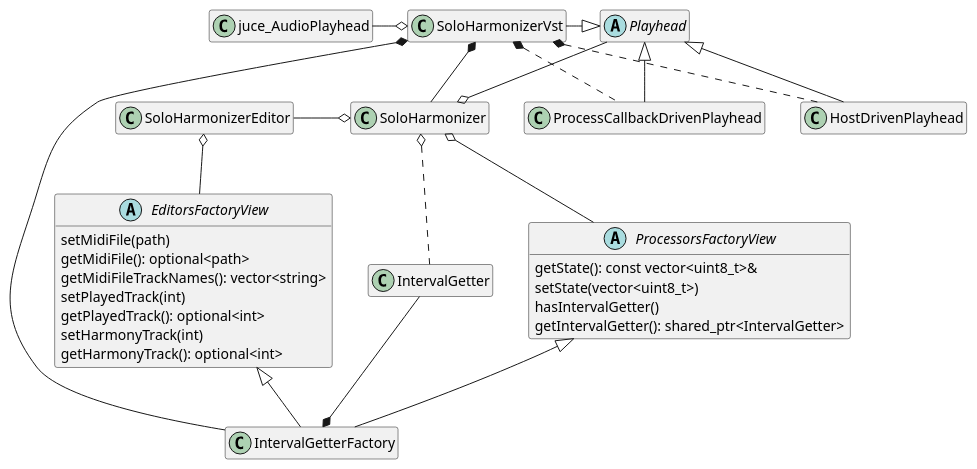
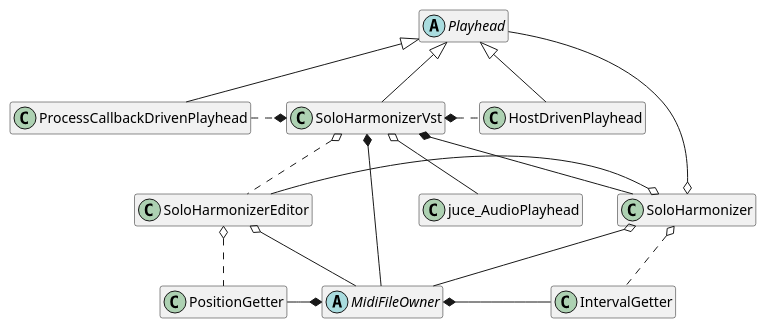
One commit to saintmatthieu/solo-harmonizer changed the diagram in _doc/class-diagram.puml. Above: the diagram before and after it, drawn with PlantUML. The commit also changed 13 other files, not shown here.

Commit message:
Simplify structure with MidiFileOwner

```diff
--- a/_doc/class-diagram.puml
+++ b/_doc/class-diagram.puml
@@ -1,60 +1,48 @@
 @startuml
 
 hide fields
 hide SoloHarmonizer methods
 hide SoloHarmonizerEditor methods
-hide IntervalGetterFactory methods
 hide juce_AudioPlayhead methods
 hide Playhead methods
 hide SoloHarmonizerVst methods
 hide ProcessCallbackDrivenPlayhead methods
 hide HostDrivenPlayhead methods
 hide IntervalGetter methods
+hide PositionGetter methods
+hide MidiFileOwner methods
 
 abstract class Playhead
 class SoloHarmonizer
 class SoloHarmonizerEditor
 class SoloHarmonizerVst
 class ProcessCallbackDrivenPlayhead
 class HostDrivenPlayhead
+class PositionGetter
 
-abstract class EditorsFactoryView {
-  setMidiFile(path)
-  getMidiFile(): optional<path>
-  getMidiFileTrackNames(): vector<string>
-  setPlayedTrack(int)
-  getPlayedTrack(): optional<int>
-  setHarmonyTrack(int)
-  getHarmonyTrack(): optional<int>
-}
+abstract class MidiFileOwner
 
-abstract class ProcessorsFactoryView {
-  getState(): const vector<uint8_t>&
-  setState(vector<uint8_t>)
-  hasIntervalGetter()
-  getIntervalGetter(): shared_ptr<IntervalGetter>
-}
+class IntervalGetter
+class PositionGetter
 
-class IntervalGetterFactory
-class IntervalGetter
+SoloHarmonizerVst *- MidiFileOwner
+SoloHarmonizerVst *-- SoloHarmonizer
+ProcessCallbackDrivenPlayhead .* SoloHarmonizerVst
+SoloHarmonizerVst *. HostDrivenPlayhead
+SoloHarmonizerEditor -o SoloHarmonizer
+SoloHarmonizer o-- MidiFileOwner
+SoloHarmonizerEditor o-- MidiFileOwner
 
-SoloHarmonizerVst *- IntervalGetterFactory
-SoloHarmonizerVst *-- SoloHarmonizer
-SoloHarmonizerVst *.. ProcessCallbackDrivenPlayhead
-SoloHarmonizerVst *.. HostDrivenPlayhead
-SoloHarmonizerEditor -o SoloHarmonizer
-SoloHarmonizer o-- ProcessorsFactoryView
-SoloHarmonizerEditor o-- EditorsFactoryView
+SoloHarmonizer o. IntervalGetter
+MidiFileOwner *- IntervalGetter
+SoloHarmonizerEditor o. PositionGetter
+PositionGetter -* MidiFileOwner
 
-EditorsFactoryView <|-- IntervalGetterFactory
-ProcessorsFactoryView <|-- IntervalGetterFactory
-SoloHarmonizer o. IntervalGetter
-IntervalGetter --* IntervalGetterFactory
-
-juce_AudioPlayhead -o SoloHarmonizerVst
-SoloHarmonizerVst -|> Playhead
+SoloHarmonizerVst o-- juce_AudioPlayhead
+SoloHarmonizerVst o.. SoloHarmonizerEditor
+Playhead <|-- SoloHarmonizerVst
 Playhead <|-- ProcessCallbackDrivenPlayhead
 Playhead <|-- HostDrivenPlayhead
 Playhead --o SoloHarmonizer
 
 @enduml
```
